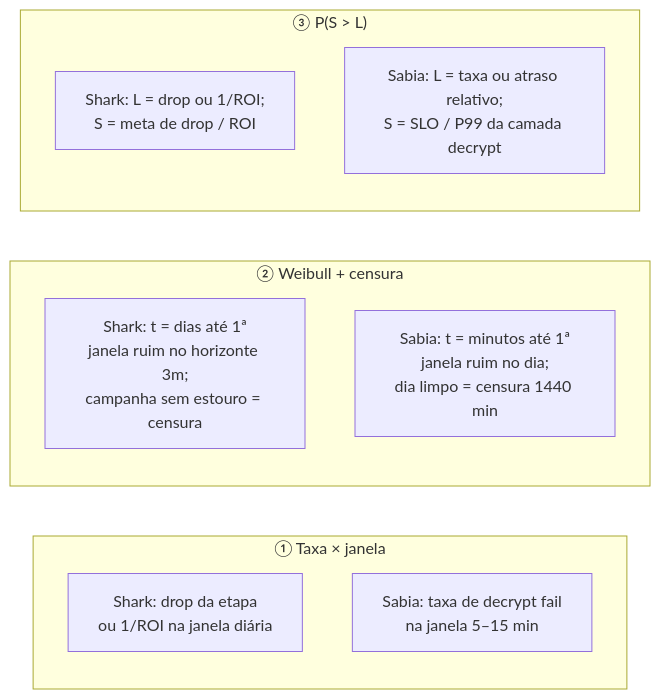
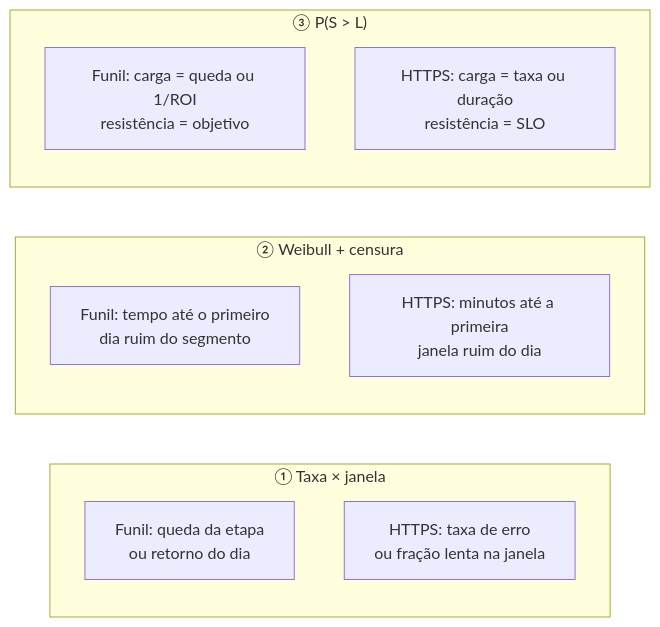
One commit to FelippeVelosoMarinho/eee017-confiabilidade-http changed the third of 5 diagrams in docs/caixa-fechada-tp.md. Above: the diagram before and after it, drawn with Mermaid. The commit also changed other lines of this file and 3 other files, not shown here.

````diff
--- a/docs/caixa-fechada-tp.md
+++ b/docs/caixa-fechada-tp.md
@@ -117,17 +100,17 @@
 ```mermaid
 flowchart LR
   subgraph Ind1["① Taxa × janela"]
-    A1["Shark: drop da etapa<br/>ou 1/ROI na janela diária"]
-    A2["Sabia: taxa de decrypt fail<br/>na janela 5–15 min"]
+    A1["Funil: queda da etapa<br/>ou retorno do dia"]
+    A2["HTTPS: taxa de erro<br/>ou fração lenta na janela"]
   end
 
   subgraph Ind2["② Weibull + censura"]
-    B1["Shark: t = dias até 1ª<br/>janela ruim no horizonte 3m;<br/>campanha sem estouro = censura"]
-    B2["Sabia: t = minutos até 1ª<br/>janela ruim no dia;<br/>dia limpo = censura 1440 min"]
+    B1["Funil: tempo até o primeiro<br/>dia ruim do segmento"]
+    B2["HTTPS: minutos até a primeira<br/>janela ruim do dia"]
   end
 
   subgraph Ind3["③ P(S > L)"]
-    C1["Shark: L = drop ou 1/ROI;<br/>S = meta de drop / ROI"]
-    C2["Sabia: L = taxa ou atraso relativo;<br/>S = SLO / P99 da camada decrypt"]
+    C1["Funil: carga = queda ou 1/ROI<br/>resistência = objetivo"]
+    C2["HTTPS: carga = taxa ou duração<br/>resistência = SLO"]
   end
 ```
````
